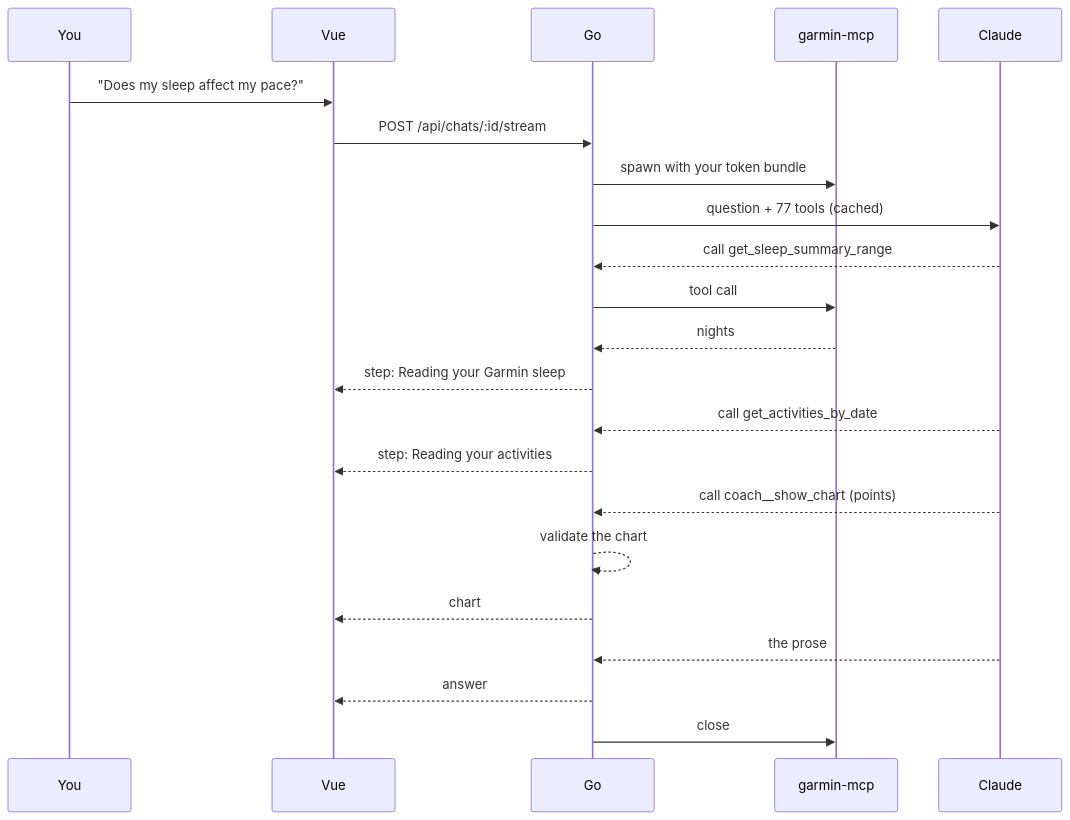
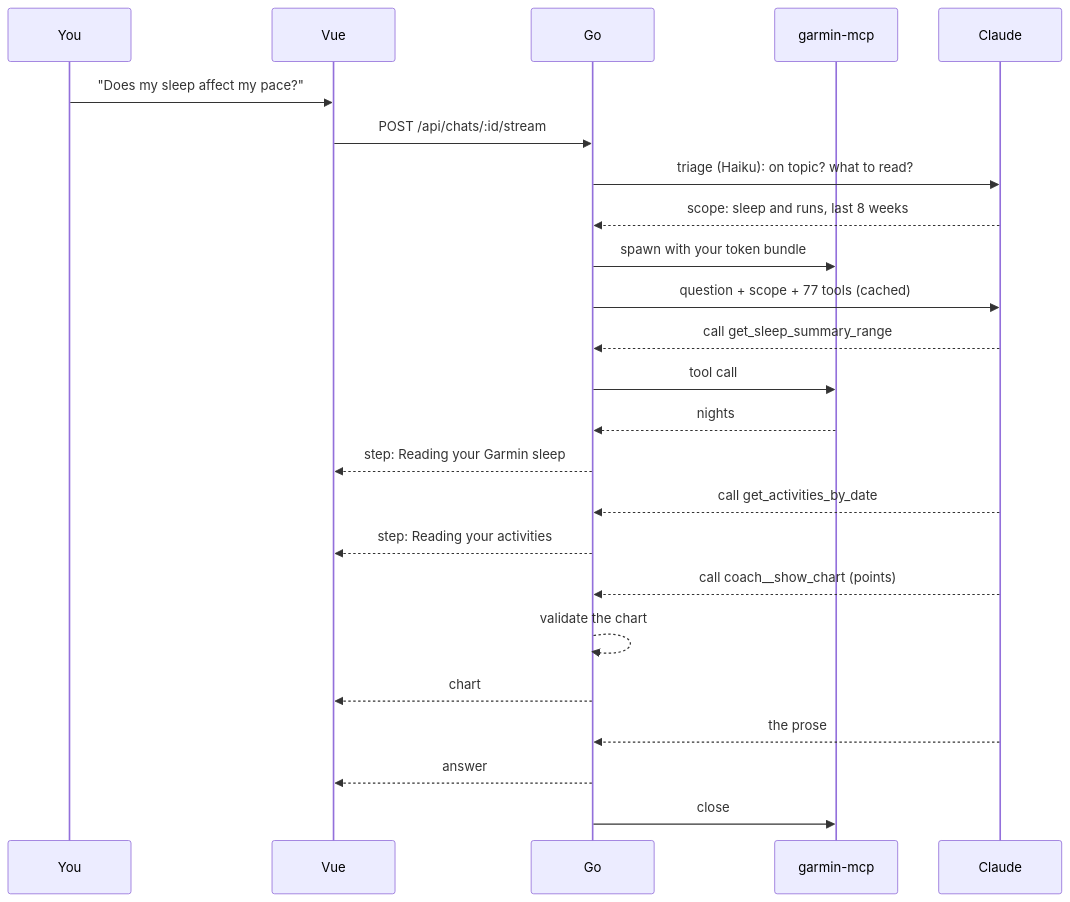
The second of 2 diagrams in README.md (lmagsino/run-coach-ai), drawn with Mermaid before and after one commit. The commit also changed other lines of this file and 6 other files, not shown here.

First line of the commit message:
docs: README around a live recording; charts by default for period questions

````diff
--- a/README.md
+++ b/README.md
@@ -54,24 +54,26 @@
 ```mermaid
 sequenceDiagram
     participant U as You
     participant F as Vue
     participant G as Go
     participant M as garmin-mcp
     participant C as Claude
     U->>F: "Does my sleep affect my pace?"
     F->>G: POST /api/chats/:id/stream
+    G->>C: triage (Haiku): on topic? what to read?
+    C-->>G: scope: sleep and runs, last 8 weeks
     G->>M: spawn with your token bundle
-    G->>C: question + 77 tools (cached)
+    G->>C: question + scope + 77 tools (cached)
     C-->>G: call get_sleep_summary_range
     G->>M: tool call
     M-->>G: nights
     G-->>F: step: Reading your Garmin sleep
     C-->>G: call get_activities_by_date
     G-->>F: step: Reading your activities
     C-->>G: call coach__show_chart (points)
     G-->>G: validate the chart
     G-->>F: chart
     C-->>G: the prose
     G-->>F: answer
     G->>M: close
 ```
````
